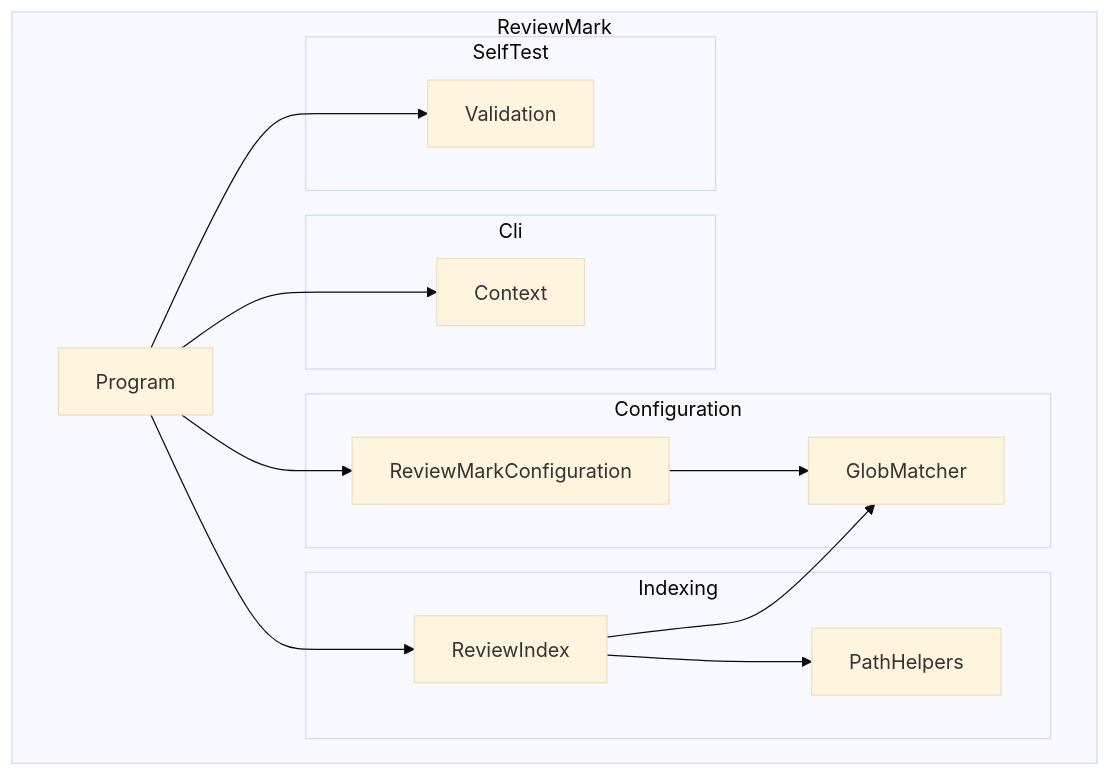
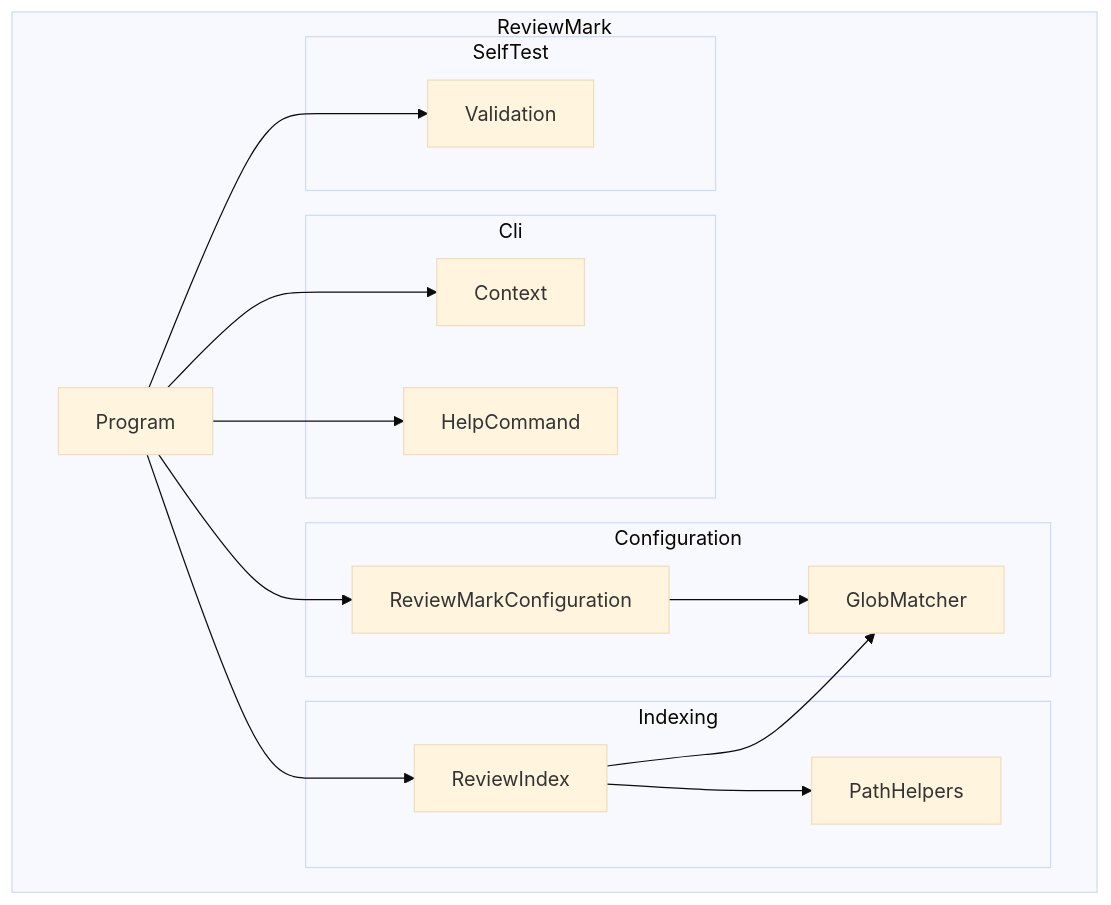
One commit to demaconsulting/ReviewMark changed the diagram in docs/design/review-mark.md. Above: the diagram before and after it, drawn with Mermaid (base theme). The commit also changed other lines of this file and 52 other files, not shown here.

````diff
--- a/docs/design/review-mark.md
+++ b/docs/design/review-mark.md
@@ -28,27 +29,29 @@
 ```mermaid
 flowchart TD
     subgraph ReviewMark
         Program
         subgraph Cli
             Context
+            HelpCommand
         end
         subgraph Configuration
             ReviewMarkConfiguration
             GlobMatcher
         end
         subgraph Indexing
             ReviewIndex
             PathHelpers
         end
         subgraph SelfTest
             Validation
         end
     end
     Program --> Context
+    Program --> HelpCommand
     Program --> ReviewMarkConfiguration
     Program --> ReviewIndex
     Program --> Validation
     ReviewMarkConfiguration --> GlobMatcher
     ReviewIndex --> GlobMatcher
     ReviewIndex --> PathHelpers
 ```
````
